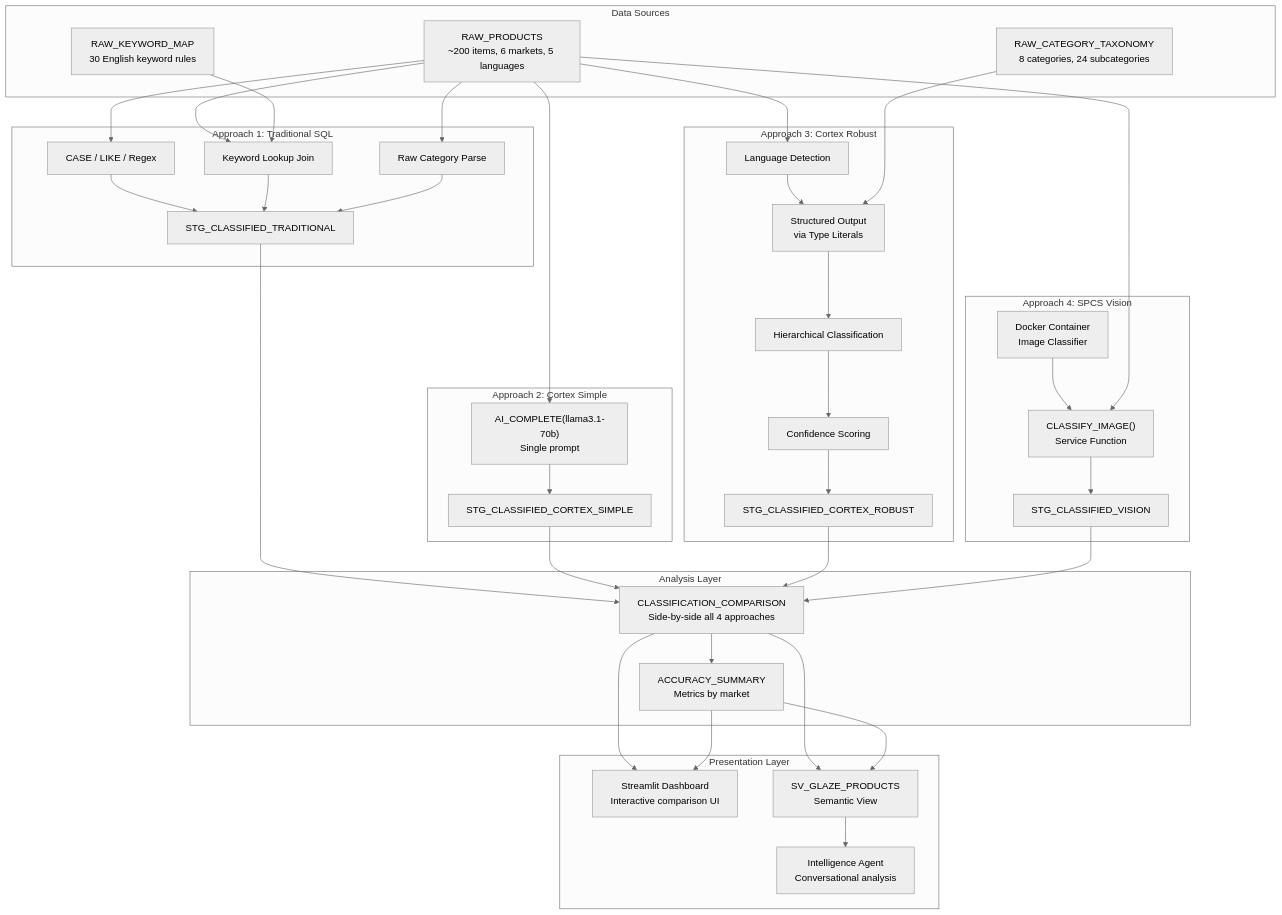
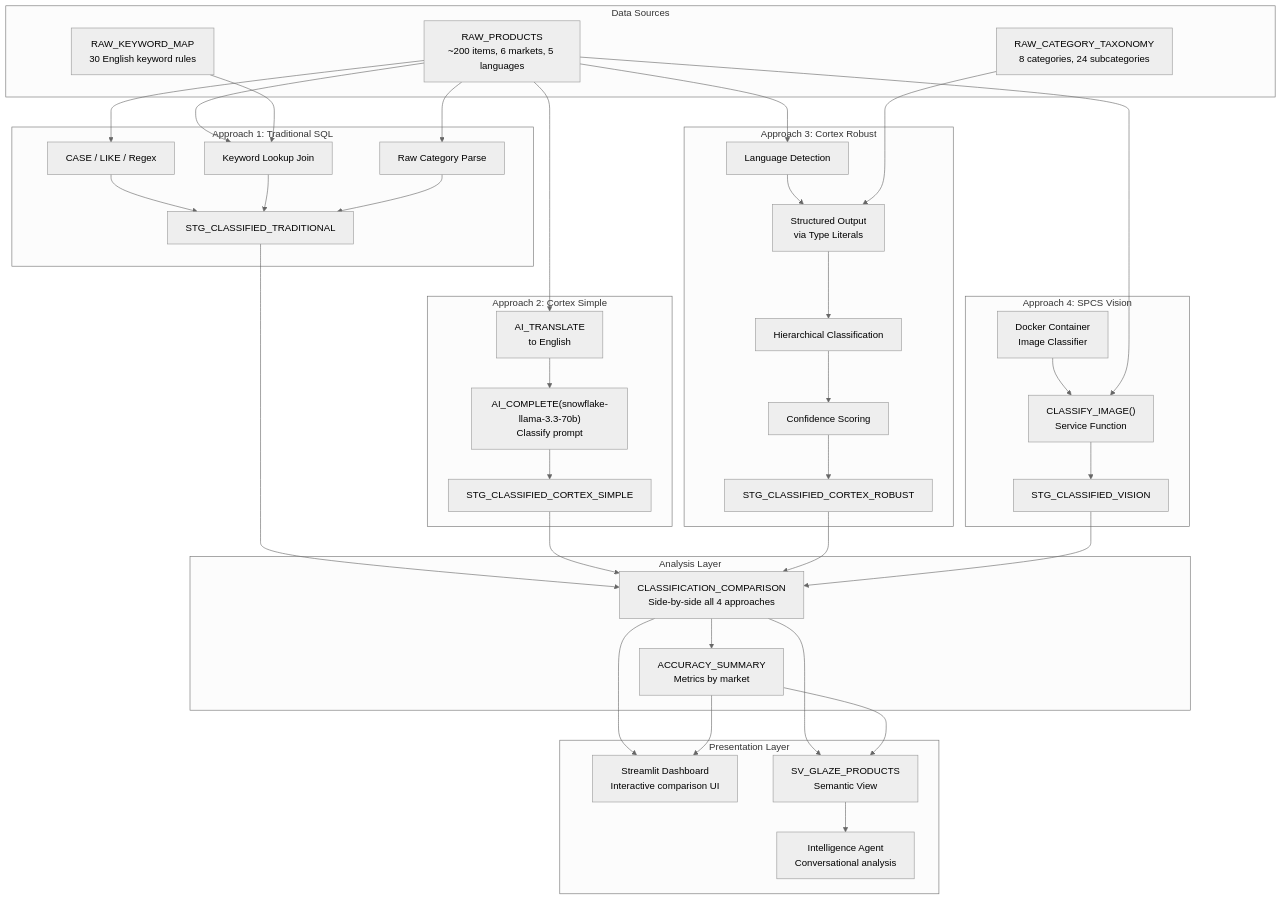
The diagram in demo-cortex-product-classification/diagrams/data-flow.md (sfc-gh-miwhitaker/sfe-public), drawn with Mermaid (neutral theme) before and after one commit. The commit also changed 23 other files, not shown here.

````diff
--- a/demo-cortex-product-classification/diagrams/data-flow.md
+++ b/demo-cortex-product-classification/diagrams/data-flow.md
@@ -3,70 +3,72 @@
 ```mermaid
 flowchart TB
     subgraph sources [Data Sources]
         Products[RAW_PRODUCTS<br/>~200 items, 6 markets, 5 languages]
         Taxonomy[RAW_CATEGORY_TAXONOMY<br/>8 categories, 24 subcategories]
         Keywords[RAW_KEYWORD_MAP<br/>30 English keyword rules]
     end
 
     subgraph approach1 [Approach 1: Traditional SQL]
         CaseLike[CASE / LIKE / Regex]
         KeywordJoin[Keyword Lookup Join]
         RawParse[Raw Category Parse]
         CaseLike --> TradResult[STG_CLASSIFIED_TRADITIONAL]
         KeywordJoin --> TradResult
         RawParse --> TradResult
     end
 
     subgraph approach2 [Approach 2: Cortex Simple]
-        SingleCall["AI_COMPLETE(llama3.1-70b)<br/>Single prompt"]
+        Translate["AI_TRANSLATE<br/>to English"]
+        SingleCall["AI_COMPLETE(snowflake-llama-3.3-70b)<br/>Classify prompt"]
+        Translate --> SingleCall
         SingleCall --> SimpleResult[STG_CLASSIFIED_CORTEX_SIMPLE]
     end
 
     subgraph approach3 [Approach 3: Cortex Robust]
         LangDetect[Language Detection]
         StructOutput[Structured Output<br/>via Type Literals]
         HierClass[Hierarchical Classification]
         Confidence[Confidence Scoring]
         LangDetect --> StructOutput --> HierClass --> Confidence
         Confidence --> RobustResult[STG_CLASSIFIED_CORTEX_ROBUST]
     end
 
     subgraph approach4 [Approach 4: SPCS Vision]
         Container[Docker Container<br/>Image Classifier]
         ServiceFn["CLASSIFY_IMAGE()<br/>Service Function"]
         Container --> ServiceFn
         ServiceFn --> VisionResult[STG_CLASSIFIED_VISION]
     end
 
     Products --> CaseLike
     Products --> KeywordJoin
     Products --> RawParse
     Keywords --> KeywordJoin
-    Products --> SingleCall
+    Products --> Translate
     Products --> LangDetect
     Taxonomy --> StructOutput
     Products --> ServiceFn
 
     subgraph analysis [Analysis Layer]
         CompView[CLASSIFICATION_COMPARISON<br/>Side-by-side all 4 approaches]
         AccView[ACCURACY_SUMMARY<br/>Metrics by market]
     end
 
     TradResult --> CompView
     SimpleResult --> CompView
     RobustResult --> CompView
     VisionResult --> CompView
     CompView --> AccView
 
     subgraph presentation [Presentation Layer]
         Dashboard[Streamlit Dashboard<br/>Interactive comparison UI]
         Agent[Intelligence Agent<br/>Conversational analysis]
         SemView[SV_GLAZE_PRODUCTS<br/>Semantic View]
     end
 
     CompView --> Dashboard
     AccView --> Dashboard
     CompView --> SemView
     AccView --> SemView
     SemView --> Agent
 ```
````
